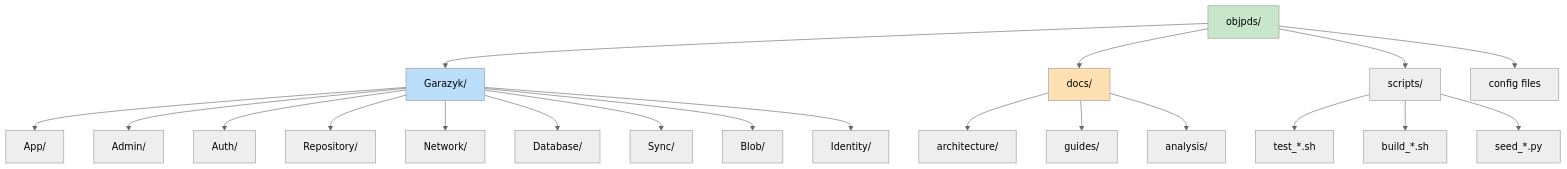
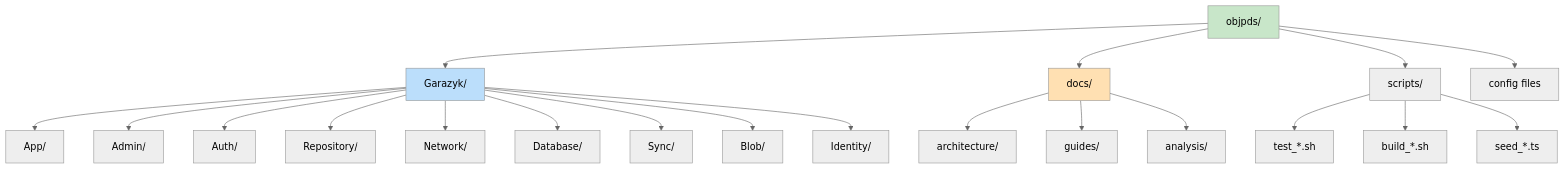
The eighth of 8 diagrams in docs/architecture/DEVELOPMENT_WORKFLOWS.md (jvalinsky/garazyk), drawn with Mermaid (neutral theme) before and after one commit. The commit also changed 10 other files, not shown here.

````diff
--- a/docs/architecture/DEVELOPMENT_WORKFLOWS.md
+++ b/docs/architecture/DEVELOPMENT_WORKFLOWS.md
@@ -271,31 +271,31 @@
 ```mermaid
 graph TD
     root[objpds/]
     
     root --> src[Garazyk/]
     root --> docs[docs/]
     root --> scripts[scripts/]
     root --> config[config files]
     
     src --> app[App/]
     src --> admin[Admin/]
     src --> auth[Auth/]
     src --> repo[Repository/]
     src --> net[Network/]
     src --> db[Database/]
     src --> sync[Sync/]
     src --> blob[Blob/]
     src --> identity[Identity/]
     
     docs --> arch[architecture/]
     docs --> guides[guides/]
     docs --> analysis[analysis/]
     
     scripts --> test[test_*.sh]
     scripts --> build[build_*.sh]
-    scripts --> seed[seed_*.py]
+    scripts --> seed[seed_*.ts]
     
     style root fill:#c8e6c9
     style src fill:#bbdefb
     style docs fill:#ffe0b2
 ```
````
